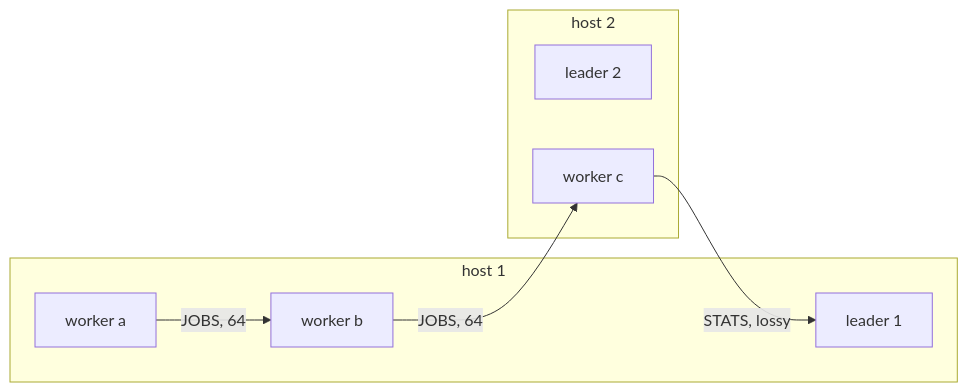
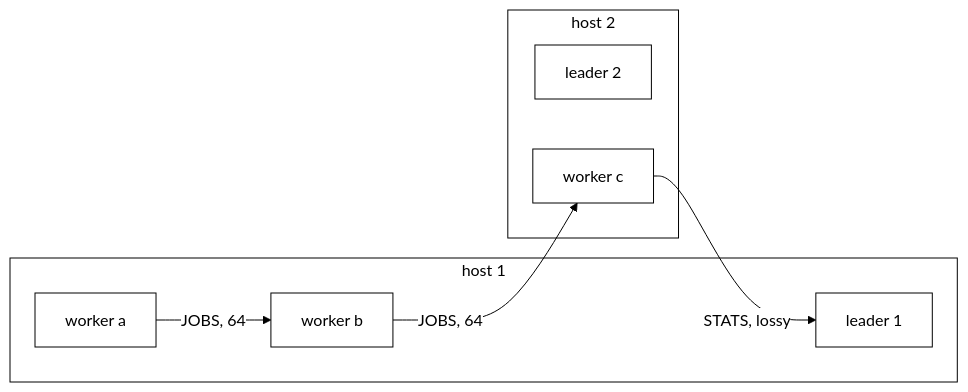
Before and after one commit to PKD667/trame: the fourth of 10 diagrams in spec.md, drawn with Mermaid. The commit also changed other lines of this file and 16 other files, not shown here.

````diff
--- a/spec.md
+++ b/spec.md
@@ -196,15 +206,16 @@
 ```mermaid
+%%{init: {'theme':'base','themeVariables':{'primaryColor':'#ffffff','primaryTextColor':'#000000','primaryBorderColor':'#000000','lineColor':'#000000','secondaryColor':'#ffffff','tertiaryColor':'#ffffff','clusterBkg':'#ffffff','clusterBorder':'#000000','edgeLabelBackground':'#ffffff','actorBkg':'#ffffff','actorBorder':'#000000','actorTextColor':'#000000','actorLineColor':'#000000','signalColor':'#000000','signalTextColor':'#000000','noteBkgColor':'#ffffff','noteBorderColor':'#000000','noteTextColor':'#000000','labelBoxBkgColor':'#ffffff','labelBoxBorderColor':'#000000','fontFamily':'monospace'},'themeCSS':'rect.actor,rect.note,.note rect,.statediagram-note rect{fill:#fff!important;stroke:#000!important} line,.actor-line{stroke:#000!important} .arrowheadPath,marker path{fill:#000!important;stroke:#000!important} circle.state-end{stroke:#000!important} text,.noteText,.state-note text{fill:#000!important}'}}%%
 flowchart LR
   subgraph h1["host 1"]
     l1["leader 1"]
     a["worker a"]
     b["worker b"]
   end
   subgraph h2["host 2"]
     l2["leader 2"]
     c["worker c"]
   end
   a -- "JOBS, 64" --> b
   b -- "JOBS, 64" --> c
   c -- "STATS, lossy" --> l1
 ```
````
